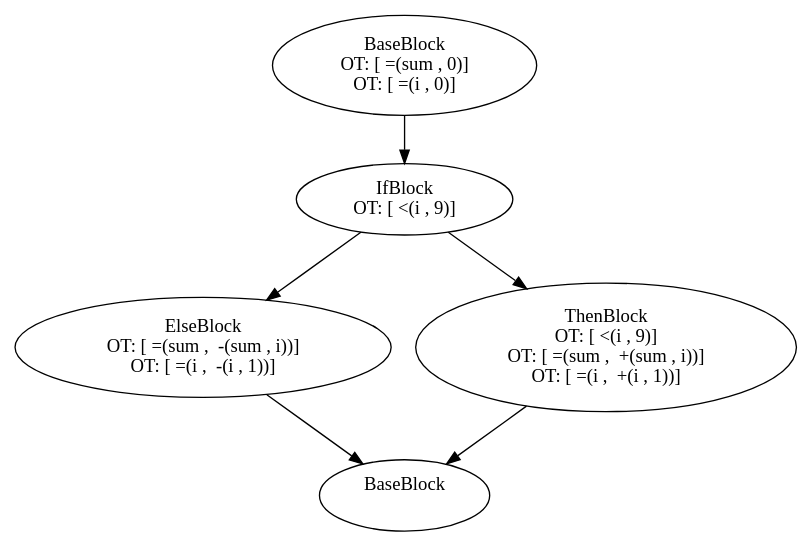
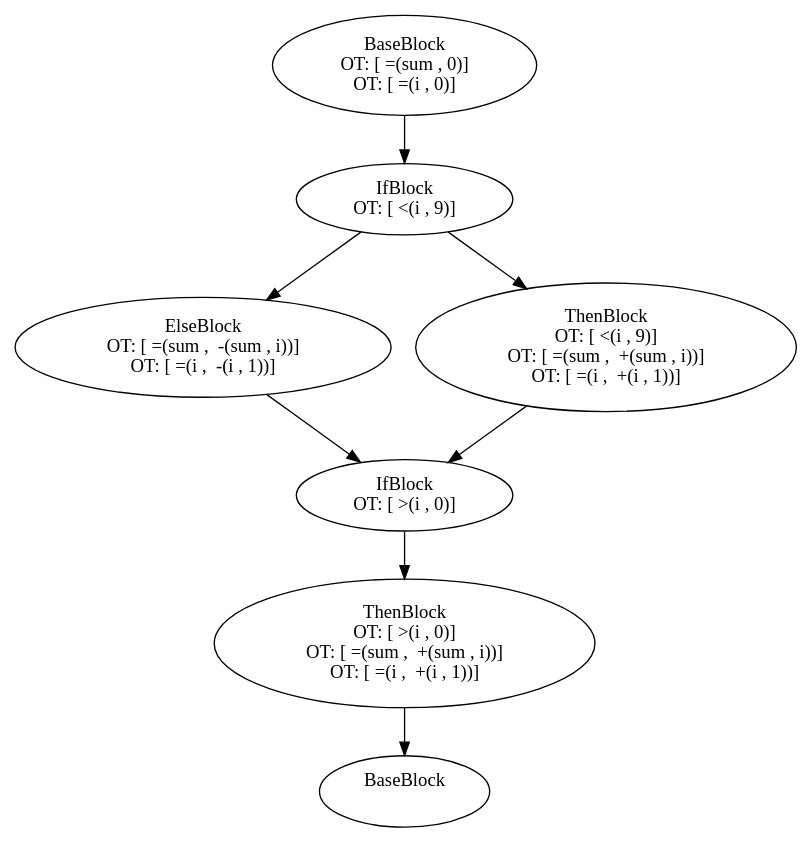
One commit to aveen007/CountingMonkeys changed the diagram in cpoCompilerWin/cfgi0.dot. Above: the diagram before and after it, drawn with Graphviz. The commit also changed 6 other files, not shown here.

```diff
--- a/cpoCompilerWin/cfgi0.dot
+++ b/cpoCompilerWin/cfgi0.dot
@@ -1,20 +1,28 @@
 digraph G {
-    n000002377810AC50 [label="BaseBlock\n OT: [ =(sum , 0)]
+    n000001C75728CBB0 [label="BaseBlock\n OT: [ =(sum , 0)]
 OT: [ =(i , 0)]
 "]
-    n000002377810AC50 -> n000002377810ABE0
-    n000002377810ABE0 [label="IfBlock\n OT: [ <(i , 9)]
+    n000001C75728CBB0 -> n000001C75728C9F0
+    n000001C75728C9F0 [label="IfBlock\n OT: [ <(i , 9)]
 "]
-    n000002377810AF60 [label="ElseBlock\n OT: [ =(sum ,  -(sum , i))]
+    n000001C75728C980 [label="ElseBlock\n OT: [ =(sum ,  -(sum , i))]
 OT: [ =(i ,  -(i , 1))]
 "]
-    n000002377810A9B0 [label="ThenBlock\n OT: [ <(i , 9)]
+    n000001C75728CC20 [label="ThenBlock\n OT: [ <(i , 9)]
 OT: [ =(sum ,  +(sum , i))]
 OT: [ =(i ,  +(i , 1))]
 "]
-    n000002377810ABE0 -> n000002377810AF60
-    n000002377810AF60 -> n000002377810A550
-    n000002377810ABE0 -> n000002377810A9B0
-    n000002377810A9B0 -> n000002377810A550
-    n000002377810A550 [label="BaseBlock\n "]
+    n000001C75728C9F0 -> n000001C75728C980
+    n000001C75728C980 -> n000001C75728D390
+    n000001C75728C9F0 -> n000001C75728CC20
+    n000001C75728CC20 -> n000001C75728D390
+    n000001C75728D390 [label="IfBlock\n OT: [ >(i , 0)]
+"]
+    n000001C75728C670 [label="ThenBlock\n OT: [ >(i , 0)]
+OT: [ =(sum ,  +(sum , i))]
+OT: [ =(i ,  +(i , 1))]
+"]
+    n000001C75728D390 -> n000001C75728C670
+    n000001C75728C670 -> n000001C75728C830
+    n000001C75728C830 [label="BaseBlock\n "]
 }
```
